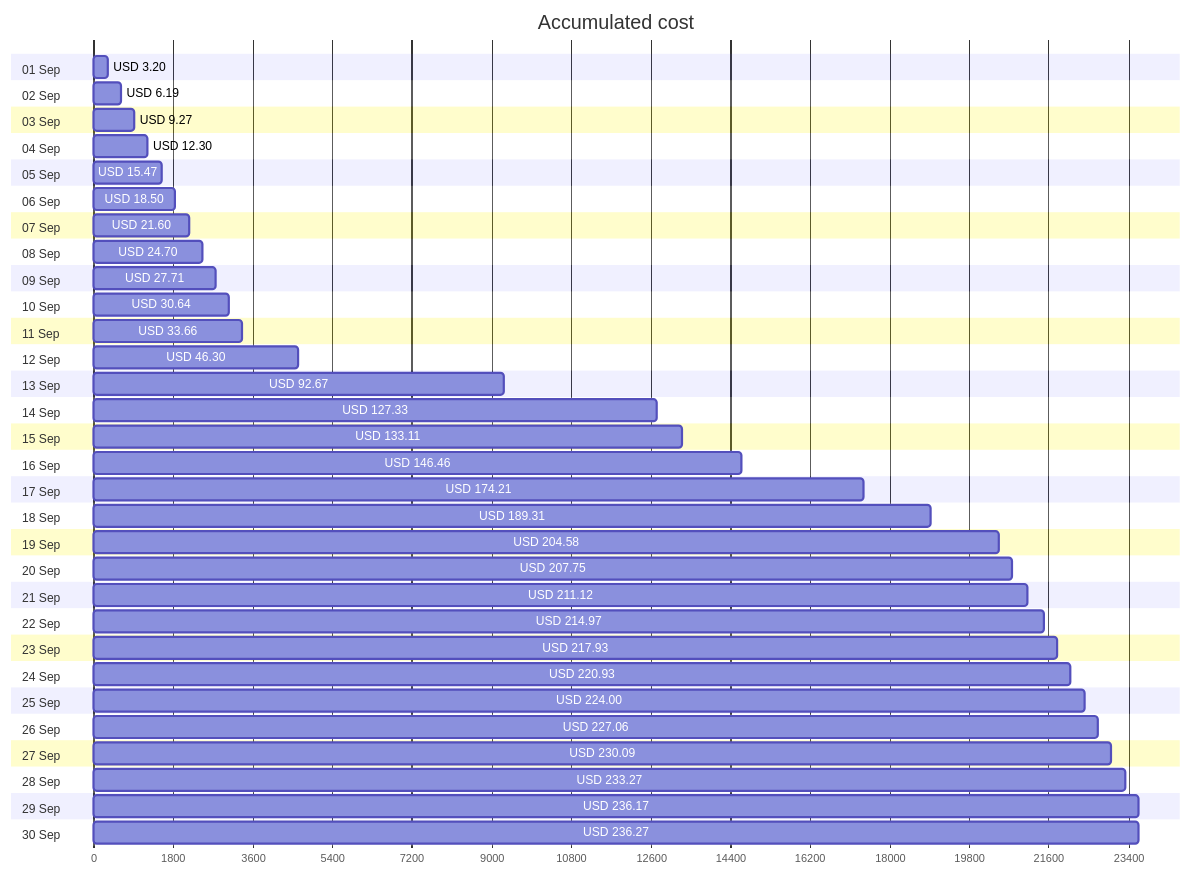
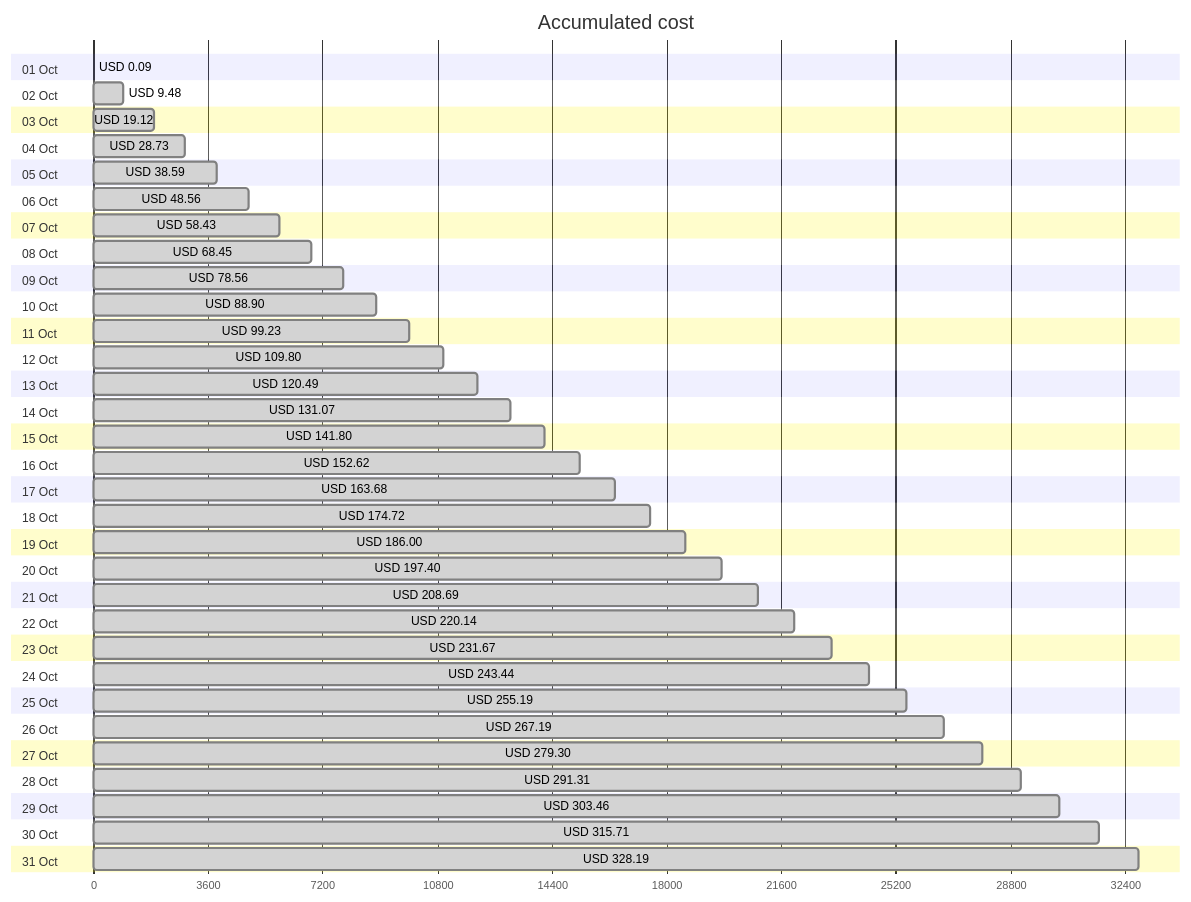
One commit to jpfulton/azure-personal-reports changed the first of 4 diagrams in cost-reports/personal-network/README.md. Above: the diagram before and after it, drawn with Mermaid. The commit also changed other lines of this file and 9 other files, not shown here.

````diff
--- a/cost-reports/personal-network/README.md
+++ b/cost-reports/personal-network/README.md
@@ -20,66 +20,68 @@
 ```mermaid
 gantt
    title Accumulated cost
    dateFormat  X
    axisFormat %s
-   section 01 Sep
-   USD 3.20 :0, 320
-   section 02 Sep
-   USD 6.19 :0, 619
-   section 03 Sep
-   USD 9.27 :0, 927
-   section 04 Sep
-   USD 12.30 :0, 1230
-   section 05 Sep
-   USD 15.47 :0, 1547
-   section 06 Sep
-   USD 18.50 :0, 1850
-   section 07 Sep
-   USD 21.60 :0, 2160
-   section 08 Sep
-   USD 24.70 :0, 2470
-   section 09 Sep
-   USD 27.71 :0, 2771
-   section 10 Sep
-   USD 30.64 :0, 3064
-   section 11 Sep
-   USD 33.66 :0, 3366
-   section 12 Sep
-   USD 46.30 :0, 4630
-   section 13 Sep
-   USD 92.67 :0, 9267
-   section 14 Sep
-   USD 127.33 :0, 12733
-   section 15 Sep
-   USD 133.11 :0, 13311
-   section 16 Sep
-   USD 146.46 :0, 14646
-   section 17 Sep
-   USD 174.21 :0, 17421
-   section 18 Sep
-   USD 189.31 :0, 18931
-   section 19 Sep
-   USD 204.58 :0, 20458
-   section 20 Sep
-   USD 207.75 :0, 20775
-   section 21 Sep
-   USD 211.12 :0, 21112
-   section 22 Sep
-   USD 214.97 :0, 21497
-   section 23 Sep
-   USD 217.93 :0, 21793
-   section 24 Sep
-   USD 220.93 :0, 22093
-   section 25 Sep
-   USD 224.00 :0, 22400
-   section 26 Sep
-   USD 227.06 :0, 22706
-   section 27 Sep
-   USD 230.09 :0, 23009
-   section 28 Sep
-   USD 233.27 :0, 23327
-   section 29 Sep
-   USD 236.17 :0, 23617
-   section 30 Sep
-   USD 236.27 :0, 23627
+   section 01 Oct
+   USD 0.09 :0, 9
+   section 02 Oct
+   USD 9.48 : done, 0, 948
+   section 03 Oct
+   USD 19.12 : done, 0, 1912
+   section 04 Oct
+   USD 28.73 : done, 0, 2873
+   section 05 Oct
+   USD 38.59 : done, 0, 3859
+   section 06 Oct
+   USD 48.56 : done, 0, 4856
+   section 07 Oct
+   USD 58.43 : done, 0, 5843
+   section 08 Oct
+   USD 68.45 : done, 0, 6845
+   section 09 Oct
+   USD 78.56 : done, 0, 7856
+   section 10 Oct
+   USD 88.90 : done, 0, 8890
+   section 11 Oct
+   USD 99.23 : done, 0, 9923
+   section 12 Oct
+   USD 109.80 : done, 0, 10980
+   section 13 Oct
+   USD 120.49 : done, 0, 12049
+   section 14 Oct
+   USD 131.07 : done, 0, 13107
+   section 15 Oct
+   USD 141.80 : done, 0, 14180
+   section 16 Oct
+   USD 152.62 : done, 0, 15262
+   section 17 Oct
+   USD 163.68 : done, 0, 16368
+   section 18 Oct
+   USD 174.72 : done, 0, 17472
+   section 19 Oct
+   USD 186.00 : done, 0, 18600
+   section 20 Oct
+   USD 197.40 : done, 0, 19740
+   section 21 Oct
+   USD 208.69 : done, 0, 20869
+   section 22 Oct
+   USD 220.14 : done, 0, 22014
+   section 23 Oct
+   USD 231.67 : done, 0, 23167
+   section 24 Oct
+   USD 243.44 : done, 0, 24344
+   section 25 Oct
+   USD 255.19 : done, 0, 25519
+   section 26 Oct
+   USD 267.19 : done, 0, 26719
+   section 27 Oct
+   USD 279.30 : done, 0, 27930
+   section 28 Oct
+   USD 291.31 : done, 0, 29131
+   section 29 Oct
+   USD 303.46 : done, 0, 30346
+   section 30 Oct
+   USD 315.71 : done, 0, 31571
+   section 31 Oct
+   USD 328.19 : done, 0, 32819
 ```
````
